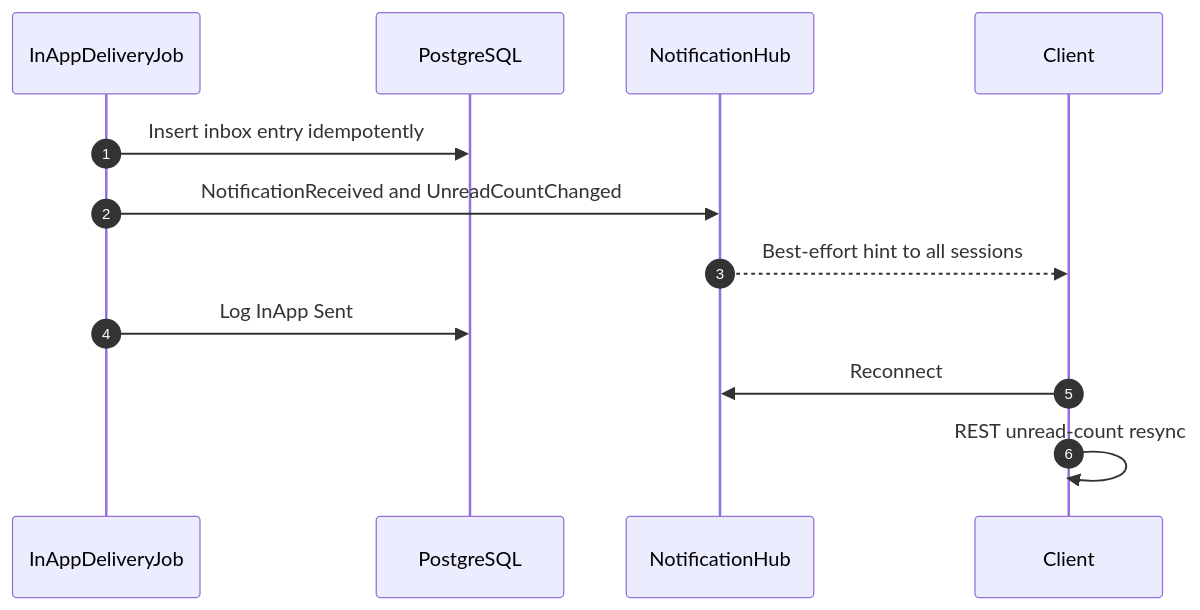
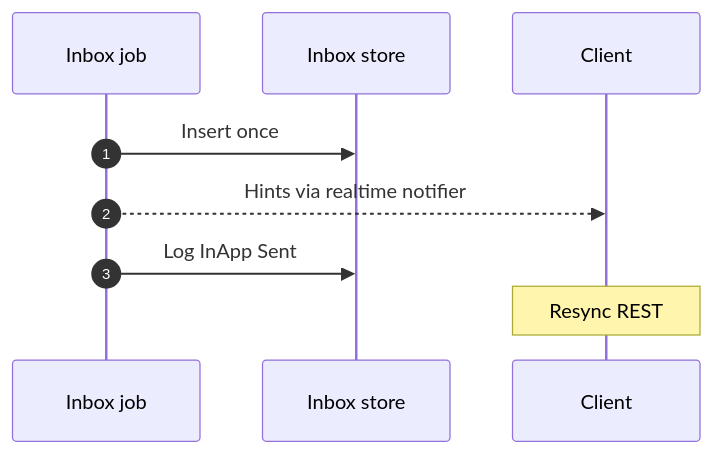
Before and after one commit to mhasabalah/StarterKit: the second of 3 diagrams in wiki/Modules/Notification-Realtime-and-Push.md, drawn with Mermaid. The commit also changed other lines of this file and 7 other files, not shown here.

````diff
--- a/wiki/Modules/Notification-Realtime-and-Push.md
+++ b/wiki/Modules/Notification-Realtime-and-Push.md
@@ -59,14 +38,11 @@
 ```mermaid
 sequenceDiagram
   autonumber
-  participant J as InAppDeliveryJob
-  participant DB as PostgreSQL
-  participant H as NotificationHub
+  participant J as Inbox job
+  participant DB as Inbox store
   participant C as Client
-  J->>DB: Insert inbox entry idempotently
-  J->>H: NotificationReceived and UnreadCountChanged
-  H-->>C: Best-effort hint to all sessions
+  J->>DB: Insert once
+  J-->>C: Hints via realtime notifier
   J->>DB: Log InApp Sent
-  C->>H: Reconnect
-  C->>C: REST unread-count resync
+  Note over C: Resync REST
 ```
````
